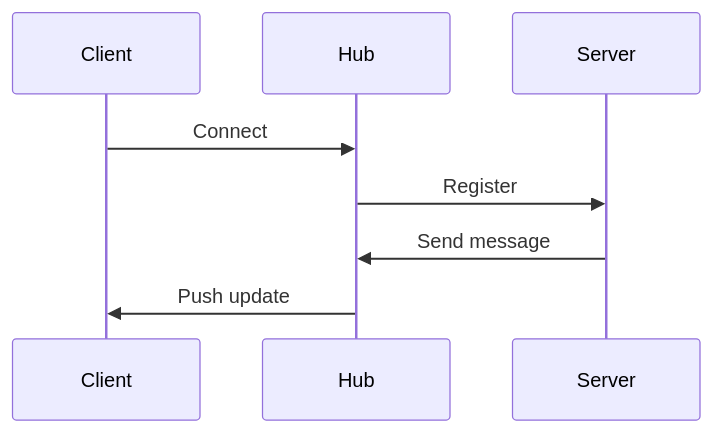
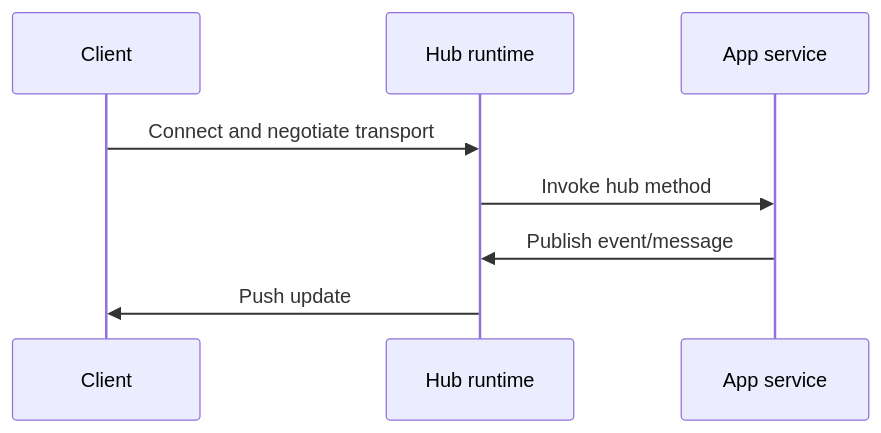
One commit to grafanaKibana/devbook.zip changed the diagram in Vault/Software Engineering/01 Programming/NET/Other/SignalR.md. Above: the diagram before and after it, drawn with Mermaid. The commit also changed other lines of this file and 6 other files, not shown here.

````diff
--- a/Vault/Software Engineering/01 Programming/NET/Other/SignalR.md
+++ b/Vault/Software Engineering/01 Programming/NET/Other/SignalR.md
@@ -24,11 +21,11 @@
 ```mermaid
 sequenceDiagram
   participant Client
-  participant Hub
-  participant Server
+  participant Hub as Hub runtime
+  participant App as App service
 
-  Client->>Hub: Connect
-  Hub->>Server: Register
-  Server->>Hub: Send message
+  Client->>Hub: Connect and negotiate transport
+  Hub->>App: Invoke hub method
+  App->>Hub: Publish event/message
   Hub->>Client: Push update
 ```
````
